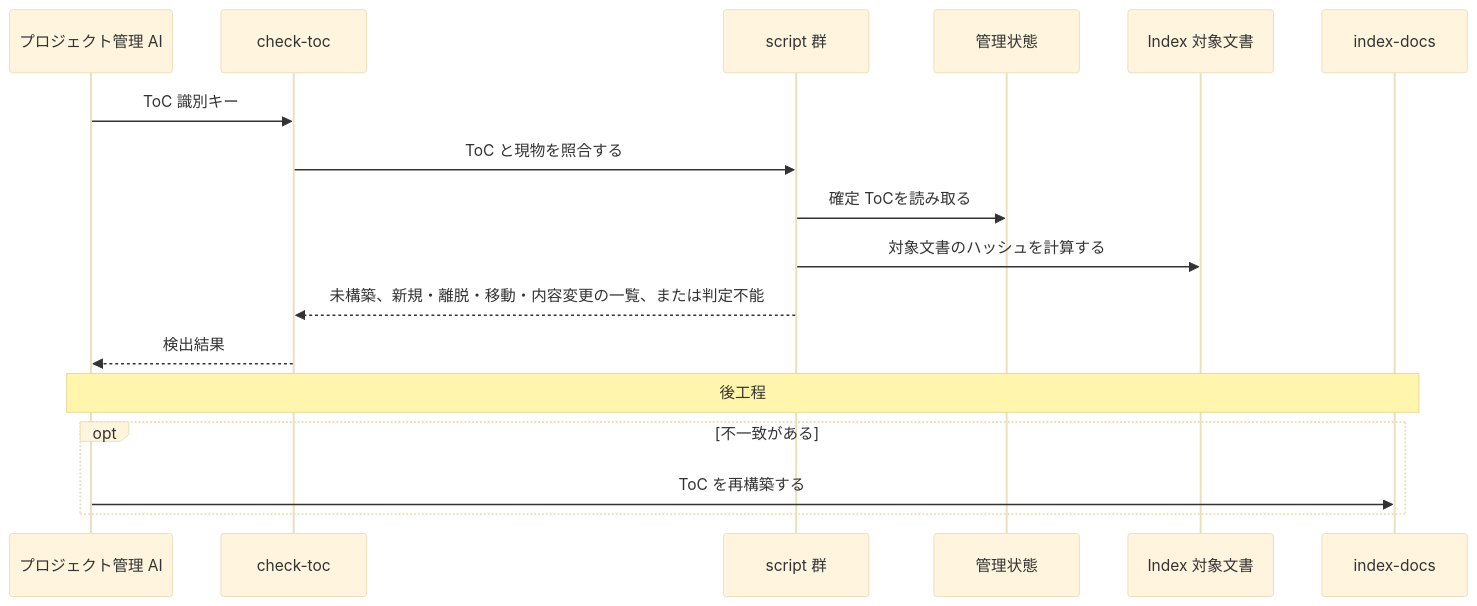
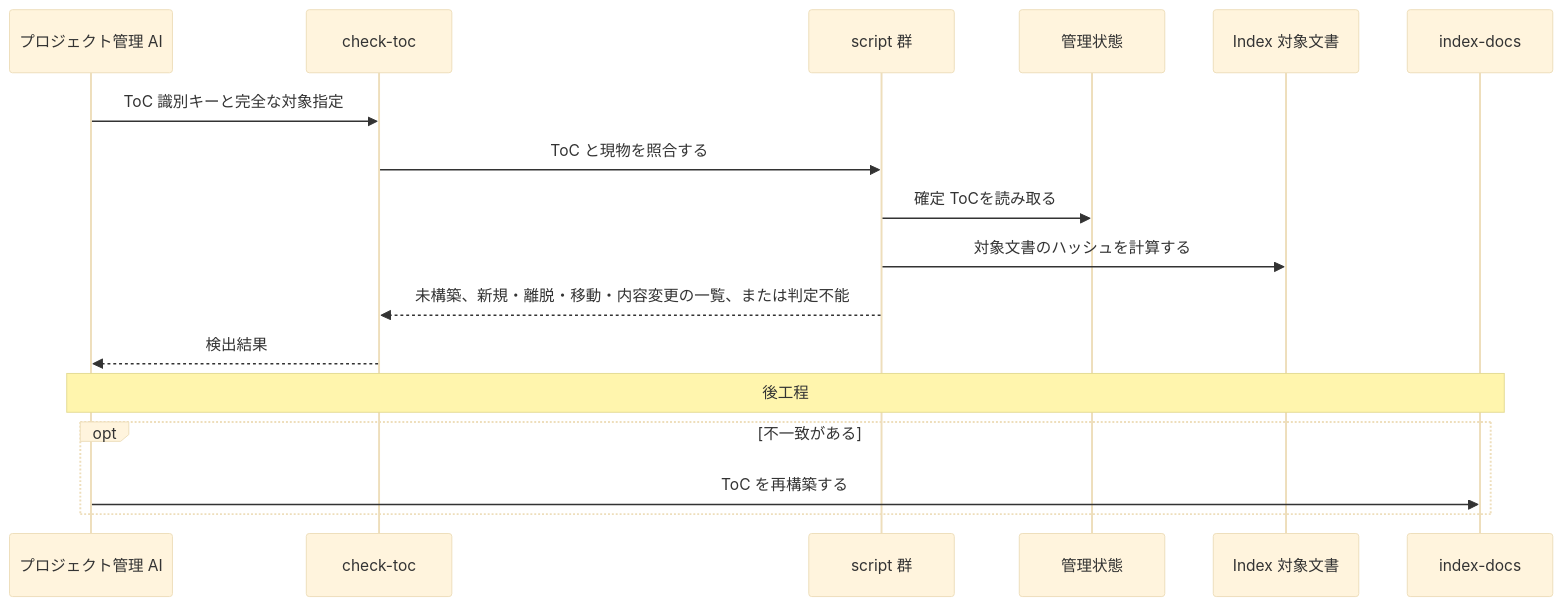
Before and after one commit to BlueEventHorizon/doc-link: the seventh of 9 diagrams in docs/specs/design/DES-010_skill-composition.md, drawn with Mermaid (base theme). The commit also changed other lines of this file and 15 other files, not shown here.

````diff
--- a/docs/specs/design/DES-010_skill-composition.md
+++ b/docs/specs/design/DES-010_skill-composition.md
@@ -304,20 +305,20 @@
 ```mermaid
 sequenceDiagram
     participant PM as プロジェクト管理 AI
     participant Skill as check-toc
     participant Scripts as script 群
     participant State as 管理状態
     participant Docs as Index 対象文書
     participant Index as index-docs
 
-    PM->>Skill: ToC 識別キー
+    PM->>Skill: ToC 識別キーと完全な対象指定
     Skill->>Scripts: ToC と現物を照合する
     Scripts->>State: 確定 ToCを読み取る
     Scripts->>Docs: 対象文書のハッシュを計算する
     Scripts-->>Skill: 未構築、新規・離脱・移動・内容変更の一覧、または判定不能
     Skill-->>PM: 検出結果
     Note over PM,Index: 後工程
     opt 不一致がある
         PM->>Index: ToC を再構築する
     end
 ```
````
